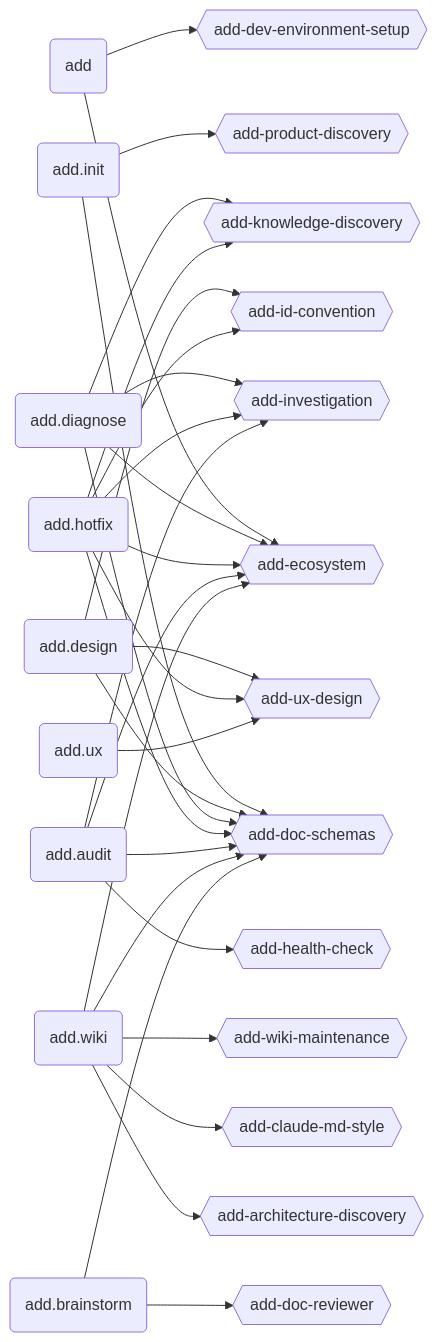
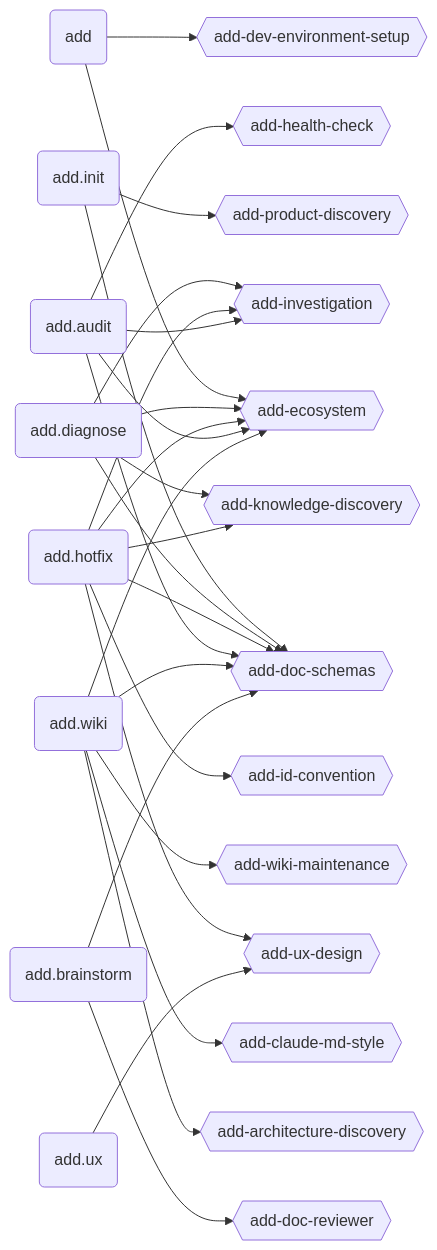
Before and after one commit to brabos-ai/code-addiction: the second of 3 diagrams in ecosystem.md, drawn with Mermaid. The commit also changed other lines of this file and 34 other files, not shown here.

````diff
--- a/ecosystem.md
+++ b/ecosystem.md
@@ -49,36 +49,34 @@
 ```mermaid
 graph LR
   ADD(add)
   INIT(add.init)
-  DESIGN(add.design)
   DIAGNOSE(add.diagnose)
   HOTFIX(add.hotfix)
   AUDIT(add.audit)
   WIKI(add.wiki)
   BRAINSTORM(add.brainstorm)
   UX_CMD(add.ux)
 
   AD{{add-architecture-discovery}}
   CMS{{add-claude-md-style}}
   DE{{add-dev-environment-setup}}
   DR{{add-doc-reviewer}}
   DS{{add-doc-schemas}}
   ECO{{add-ecosystem}}
   HC{{add-health-check}}
   ID{{add-id-convention}}
   IV{{add-investigation}}
   KD{{add-knowledge-discovery}}
   PD{{add-product-discovery}}
   UX{{add-ux-design}}
   WM{{add-wiki-maintenance}}
 
   ADD --> ECO & DE
   INIT --> DS & PD
-  DESIGN --> DS & ID & UX
   DIAGNOSE --> DS & ECO & IV & KD
   HOTFIX --> DS & ECO & ID & IV & KD & UX
   AUDIT --> DS & ECO & HC & IV
   WIKI --> AD & CMS & DS & ECO & WM
   BRAINSTORM --> DR & DS
   UX_CMD --> UX
 ```
````
